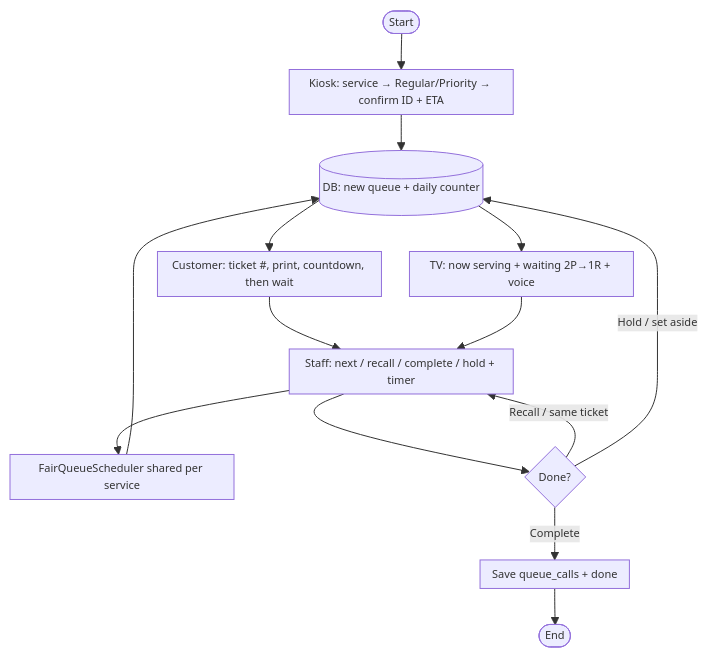
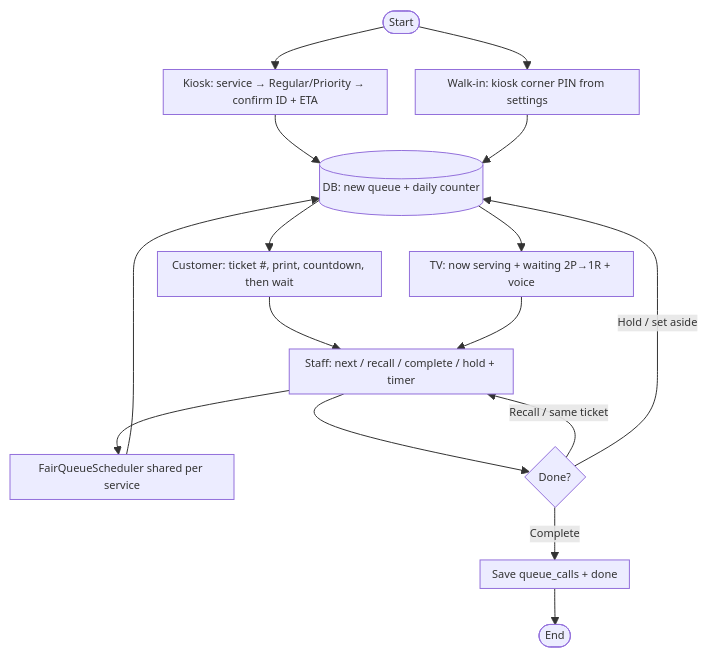
One commit to rhems95/queuing-system changed the diagram in docs/master-flowchart.mmd. Above: the diagram before and after it, drawn with Mermaid. The commit also changed 51 other files, not shown here.

First line of the commit message:
Add kiosk walk-in PIN and block Guard login.

```diff
--- a/docs/master-flowchart.mmd
+++ b/docs/master-flowchart.mmd
@@ -1,16 +1,18 @@
 %% Print-friendly: paste into mermaid.live → Actions → SVG/PNG. In browser print: Landscape + Scale ~90%% fits Letter/A4 bond paper. %%
 %%{init: {'flowchart': {'nodeSpacing': 28, 'rankSpacing': 36, 'padding': 6, 'useMaxWidth': true}, 'themeVariables': { 'fontSize': '11px'}}}%%
 flowchart TD
     St([Start]) --> K["Kiosk: service → Regular/Priority → confirm ID + ETA"]
+    St --> W["Walk-in: kiosk corner PIN from settings"]
     K --> DB[("DB: new queue + daily counter")]
+    W --> DB
     DB --> PA["Customer: ticket #, print, countdown, then wait"]
     DB --> PB["TV: now serving + waiting 2P→1R + voice"]
     PA --> SW["Staff: next / recall / complete / hold + timer"]
     PB --> SW
     SW --> Fair["FairQueueScheduler shared per service"]
     Fair --> DB
     SW --> Q{Done?}
     Q -->|Recall / same ticket| SW
     Q -->|Hold / set aside| DB
     Q -->|Complete| H["Save queue_calls + done"]
     H --> En([End])
```
